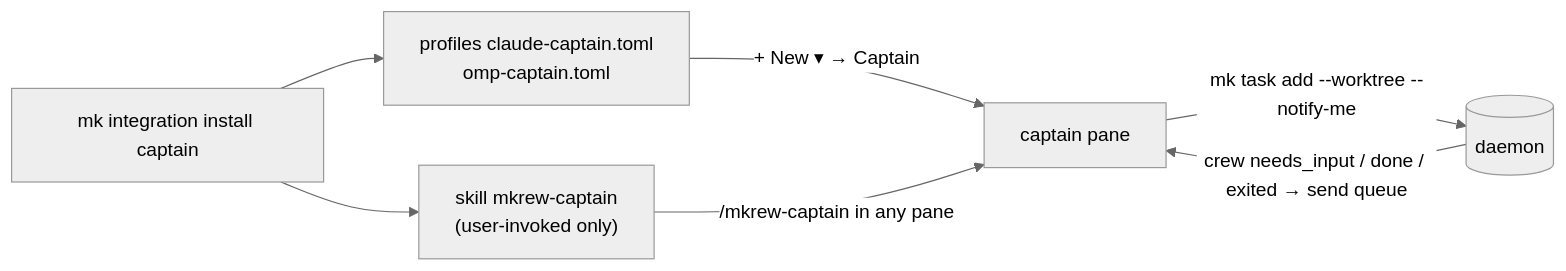
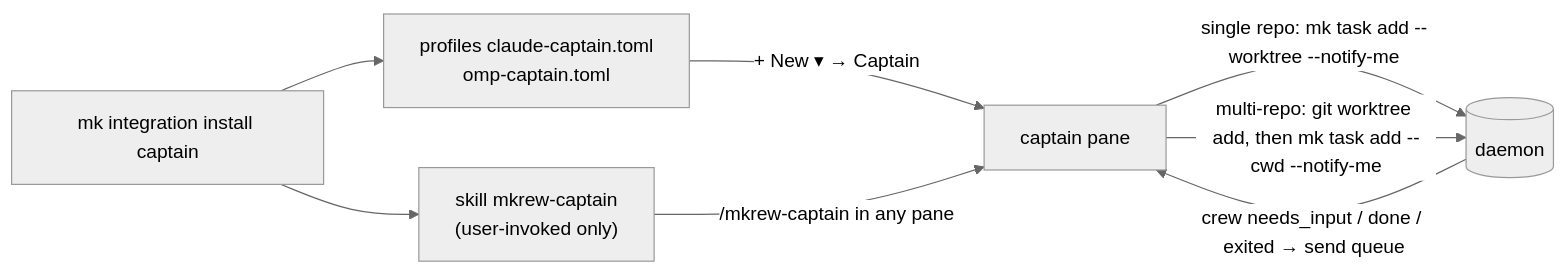
Before and after one commit to tungmk97/mkrew: the first of 2 diagrams in docs/superpowers/specs/2026-10-28-captain-design.md, drawn with Mermaid (neutral theme). The commit also changed other lines of this file, not shown here.

Commit message:
docs(spec): captain supports multi-repo roots, opt-in and project-rules principles

````diff
--- a/docs/superpowers/specs/2026-10-28-captain-design.md
+++ b/docs/superpowers/specs/2026-10-28-captain-design.md
@@ -53,9 +72,10 @@
 ```mermaid
 flowchart LR
     I["mk integration install captain"] --> S["skill mkrew-captain<br/>(user-invoked only)"]
     I --> P["profiles claude-captain.toml<br/>omp-captain.toml"]
     P -->|"+ New ▾ → Captain"| C[captain pane]
     S -->|"/mkrew-captain in any pane"| C
-    C -->|"mk task add --worktree --notify-me"| D[(daemon)]
+    C -->|"single repo: mk task add --worktree --notify-me"| D[(daemon)]
+    C -->|"multi-repo: git worktree add, then mk task add --cwd --notify-me"| D
     D -->|"crew needs_input / done / exited → send queue"| C
 ```
````
